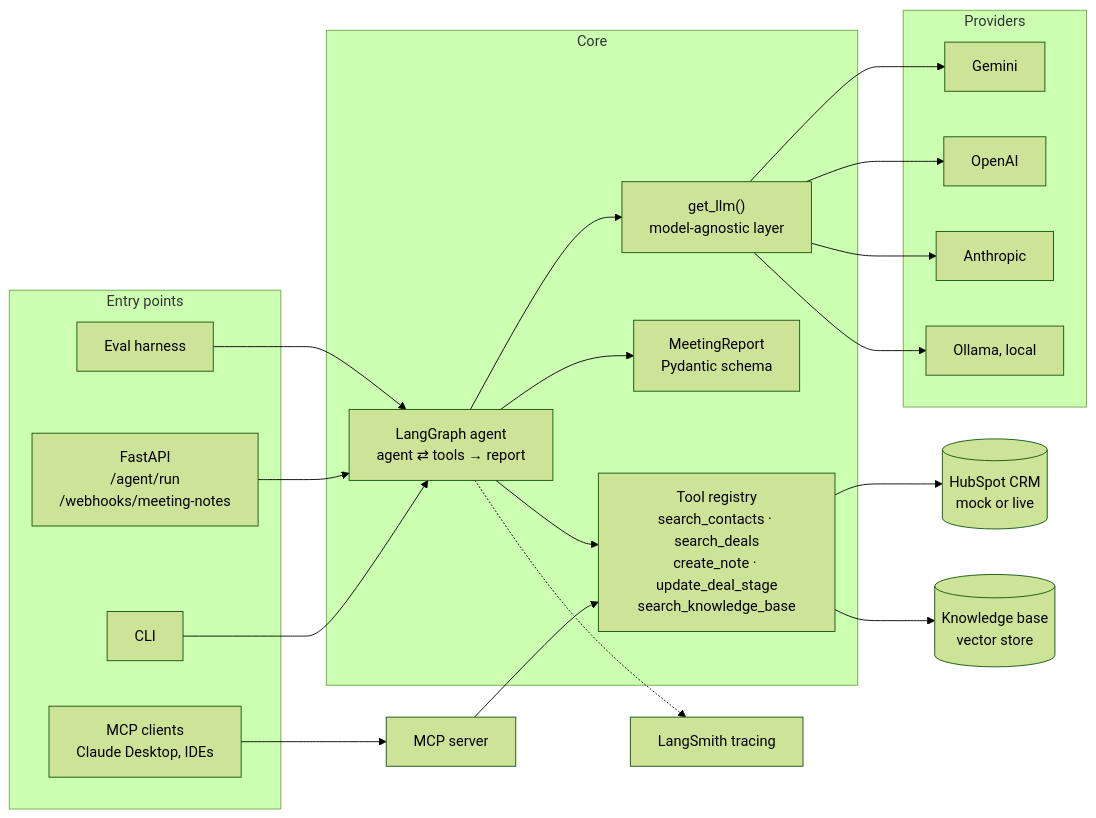
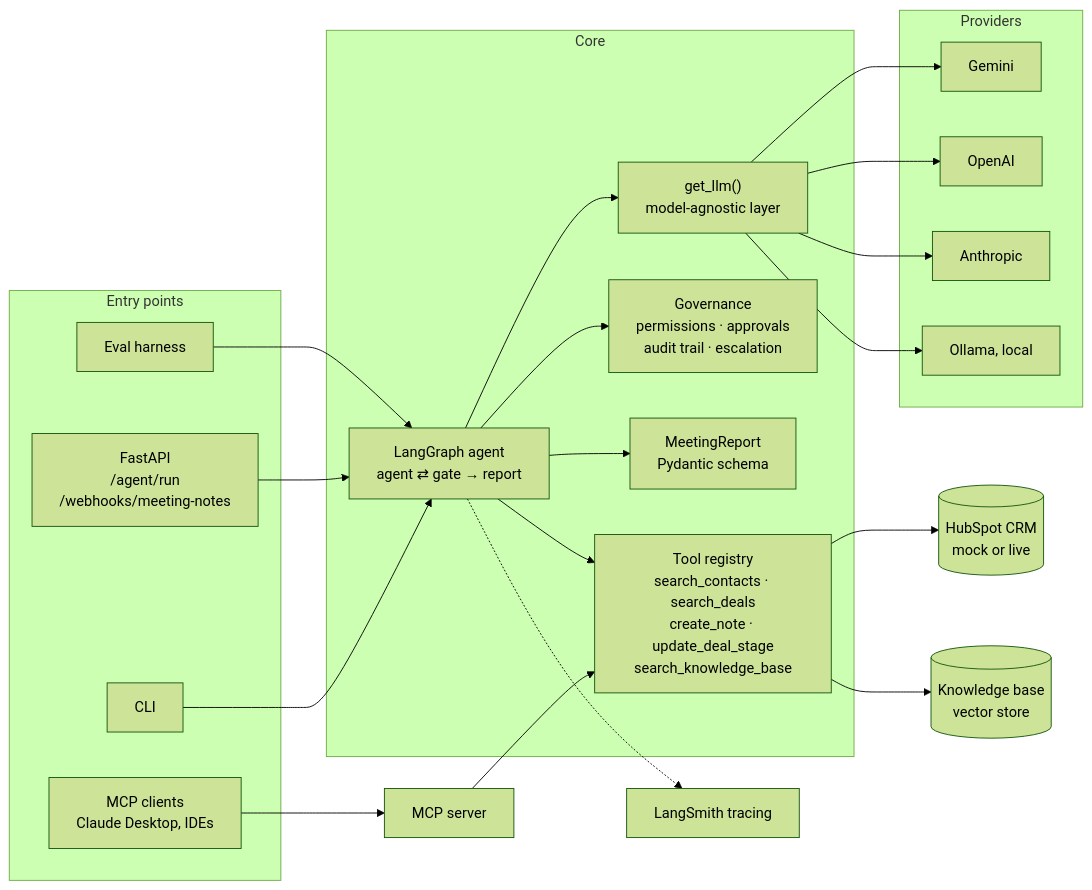
One commit to py3de/mini-agent-stackV1 changed the first of 2 diagrams in README.md. Above: the diagram before and after it, drawn with Mermaid (forest theme). The commit also changed other lines of this file and 4 other files, not shown here.

First line of the commit message:
Add governance tests and document the approval flow

````diff
--- a/README.md
+++ b/README.md
@@ -32,37 +34,39 @@
 ```mermaid
 flowchart LR
     subgraph Entry points
         CLI[CLI]
         API[FastAPI<br/>/agent/run<br/>/webhooks/meeting-notes]
         MCPC[MCP clients<br/>Claude Desktop, IDEs]
         EVAL[Eval harness]
     end
 
     subgraph Core
         LLM["get_llm()<br/>model-agnostic layer"]
-        AGENT["LangGraph agent<br/>agent ⇄ tools → report"]
+        AGENT["LangGraph agent<br/>agent ⇄ gate → report"]
+        GOV["Governance<br/>permissions · approvals<br/>audit trail · escalation"]
         SCHEMA[MeetingReport<br/>Pydantic schema]
         TOOLS["Tool registry<br/>search_contacts · search_deals<br/>create_note · update_deal_stage<br/>search_knowledge_base"]
     end
 
     subgraph Providers
         G[Gemini]
         O[OpenAI]
         A[Anthropic]
         L[Ollama, local]
     end
 
     HS[(HubSpot CRM<br/>mock or live)]
     KB[(Knowledge base<br/>vector store)]
     LS[LangSmith tracing]
 
     CLI --> AGENT
     API --> AGENT
     EVAL --> AGENT
     MCPC --> MCP[MCP server] --> TOOLS
     AGENT --> LLM --> G & O & A & L
     AGENT --> TOOLS --> HS
     TOOLS --> KB
     AGENT --> SCHEMA
+    AGENT --> GOV
     AGENT -.-> LS
 ```
````
